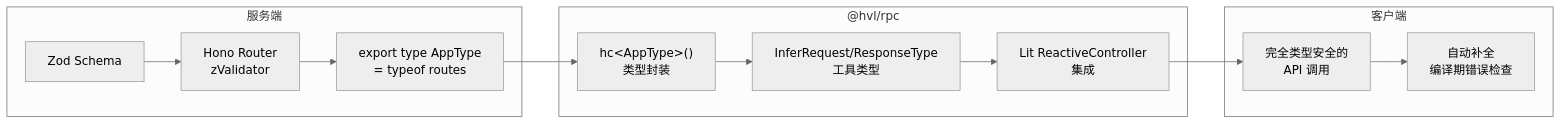
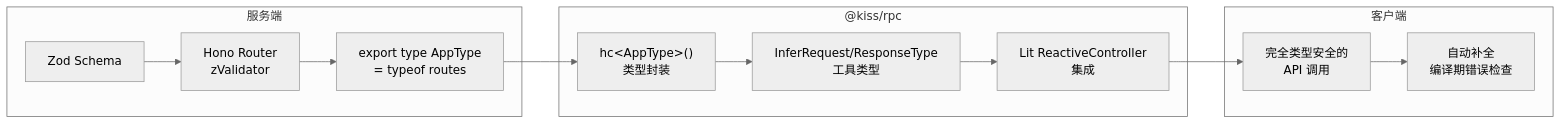
The eighth of 8 diagrams in docs/architecture.md (SisyphusZheng/kiss), drawn with Mermaid (neutral theme) before and after one commit. The commit also changed other lines of this file and 73 other files, not shown here.

First line of the commit message:
Rename framework from HVL to KISS

````diff
--- a/docs/architecture.md
+++ b/docs/architecture.md
@@ -370,27 +377,27 @@
 ```mermaid
 flowchart LR
     subgraph Server["服务端"]
         Schema["Zod Schema"]
         Route["Hono Router<br/>zValidator"]
         AppType["export type AppType<br/>= typeof routes"]
     end
 
-    subgraph RPC_Package["@hvl/rpc"]
+    subgraph RPC_Package["@kiss/rpc"]
         HC["hc&lt;AppType&gt;()<br/>类型封装"]
         Infer["InferRequest/ResponseType<br/>工具类型"]
         Controller["Lit ReactiveController<br/>集成"]
     end
 
     subgraph Client["客户端"]
         TypedClient["完全类型安全的<br/>API 调用"]
         AutoComplete["自动补全<br/>编译期错误检查"]
     end
 
     Schema --> Route
     Route --> AppType
     AppType --> HC
     HC --> Infer
     Infer --> Controller
     Controller --> TypedClient
     TypedClient --> AutoComplete
 ```
````
